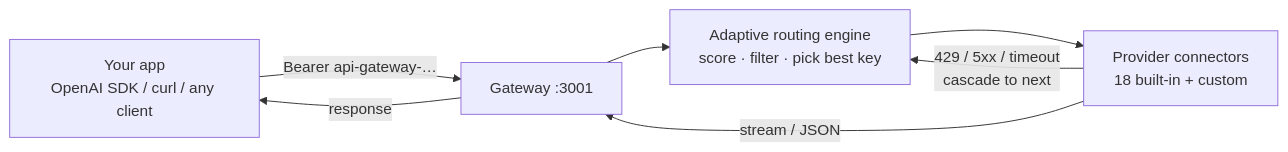
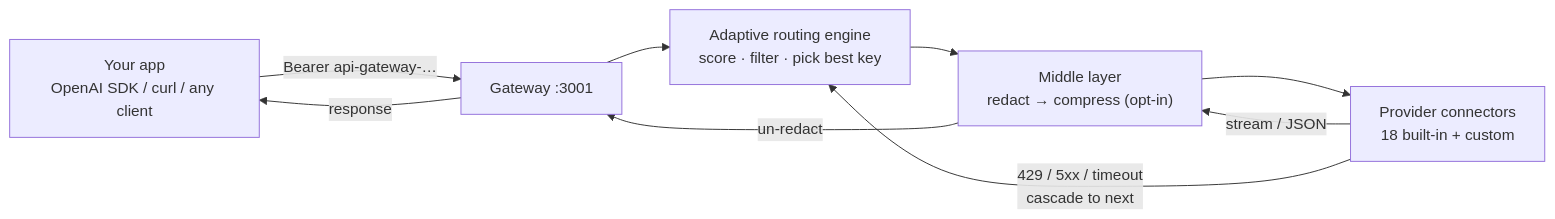
Before and after one commit to MLuqmanBR/api-gateway: the diagram in README.md, drawn with Mermaid. The commit also changed other lines of this file, not shown here.

Commit message:
docs(readme): rewrite for phase 2 features + privacy layer

````diff
--- a/README.md
+++ b/README.md
@@ -302,9 +312,11 @@
 ```mermaid
 flowchart LR
     Client["Your app<br/>OpenAI SDK / curl / any client"] -->|"Bearer api-gateway-…"| Gateway["Gateway :3001"]
     Gateway --> Router["Adaptive routing engine<br/>score · filter · pick best key"]
-    Router --> Providers["Provider connectors<br/>18 built-in + custom"]
-    Providers -->|"stream / JSON"| Gateway
+    Router --> Middle["Middle layer<br/>redact → compress (opt-in)"]
+    Middle --> Providers["Provider connectors<br/>18 built-in + custom"]
+    Providers -->|"stream / JSON"| Middle
+    Middle -->|"un-redact"| Gateway
     Providers -->|"429 / 5xx / timeout<br/>cascade to next"| Router
     Gateway -->|"response"| Client
 ```
````
